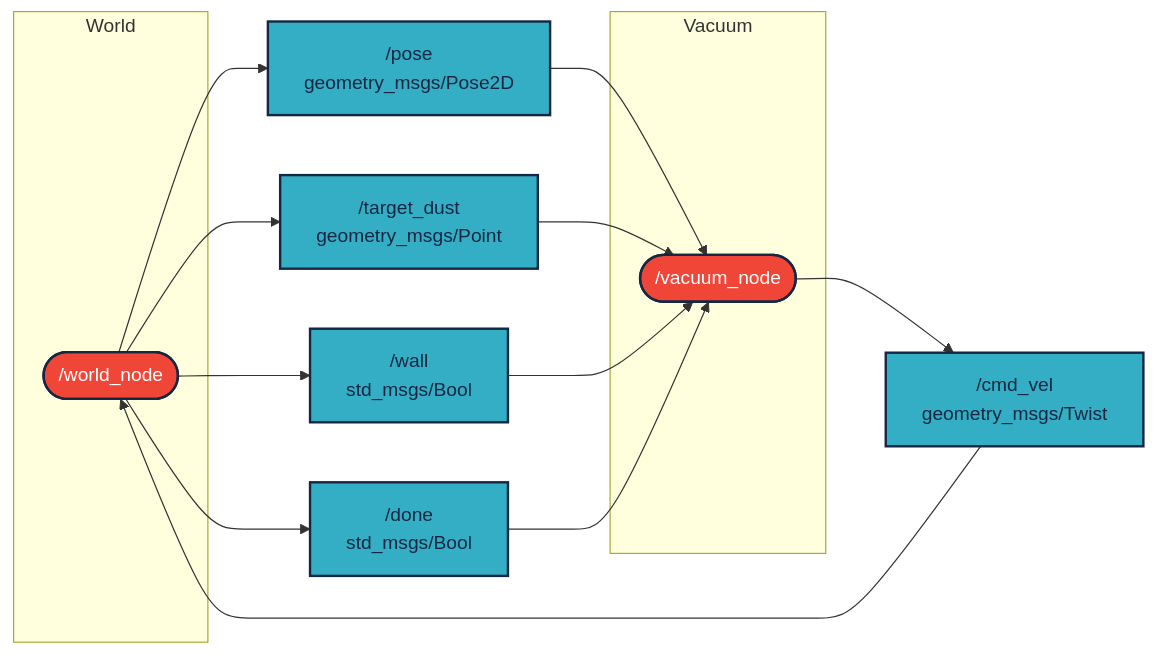
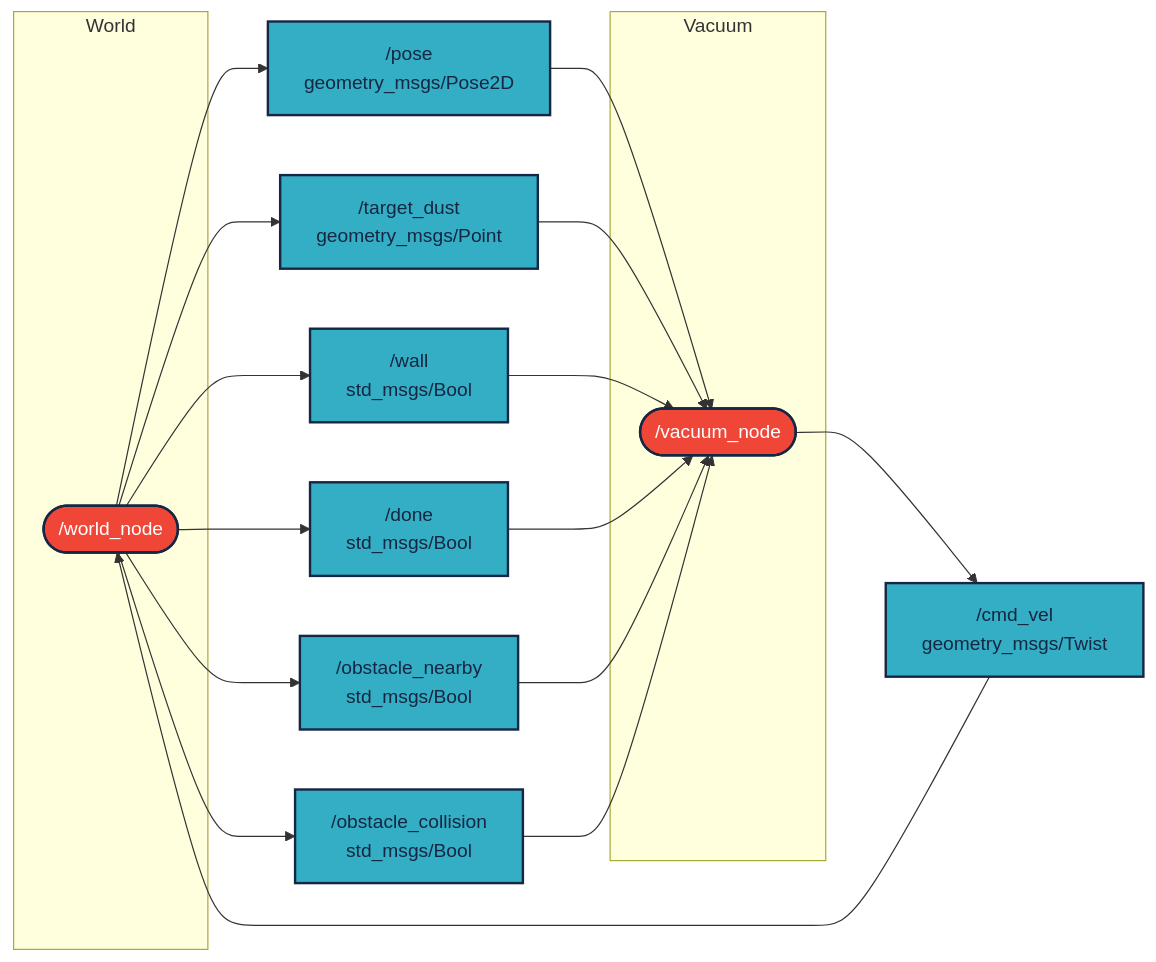
One commit to DrJegesmedve/kaz_j25_ajr changed the diagram in README.md. Above: the diagram before and after it, drawn with Mermaid. The commit also changed other lines of this file and 3 other files, not shown here.

````diff
--- a/README.md
+++ b/README.md
@@ -69,31 +69,37 @@
 ```mermaid
 graph LR;
 
 subgraph World
 world([ /world_node]):::red
 end
 
 subgraph Vacuum
 vac([ /vacuum_node]):::red
 end
 
 vac --> cmd[ /cmd_vel<br/>geometry_msgs/Twist]:::light
 cmd --> world
 
 world --> pose[ /pose<br/>geometry_msgs/Pose2D]:::light
 pose --> vac
 
 world --> target[ /target_dust<br/>geometry_msgs/Point]:::light
 target --> vac
 
 world --> wall[ /wall<br/>std_msgs/Bool]:::light
 wall --> vac
 
 world --> done[ /done<br/>std_msgs/Bool]:::light
 done --> vac
 
+world --> obsnear[ /obstacle_nearby<br/>std_msgs/Bool]:::light
+obsnear --> vac
+
+world --> obscoll[ /obstacle_collision<br/>std_msgs/Bool]:::light
+obscoll --> vac
+
 classDef light fill:#34aec5,stroke:#152742,stroke-width:2px,color:#152742  
 classDef dark fill:#152742,stroke:#34aec5,stroke-width:2px,color:#34aec5
 classDef white fill:#ffffff,stroke:#152742,stroke-width:2px,color:#152742
 classDef red fill:#ef4638,stroke:#152742,stroke-width:2px,color:#fff
 ```
````
